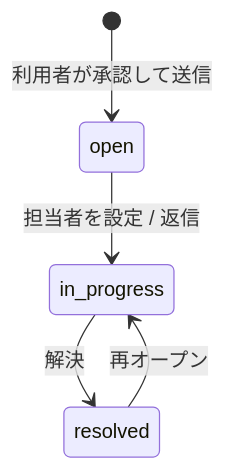
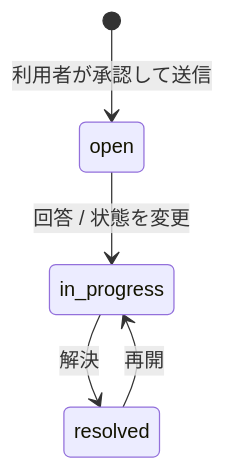
Before and after one commit to Graduation-Project-2026-11-09/agent-rag-system: the fourth of 4 diagrams in docs/architecture/domain-model.md, drawn with Mermaid. The commit also changed other lines of this file and 4 other files, not shown here.

````diff
--- a/docs/architecture/domain-model.md
+++ b/docs/architecture/domain-model.md
@@ -310,7 +191,7 @@
 ```mermaid
 stateDiagram-v2
   [*] --> open : 利用者が承認して送信
-  open --> in_progress : 担当者を設定 / 返信
+  open --> in_progress : 回答 / 状態を変更
   in_progress --> resolved : 解決
-  resolved --> in_progress : 再オープン
+  resolved --> in_progress : 再開
 ```
````
